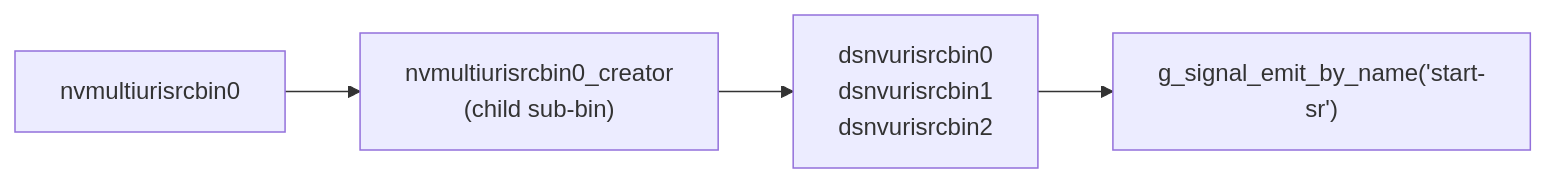
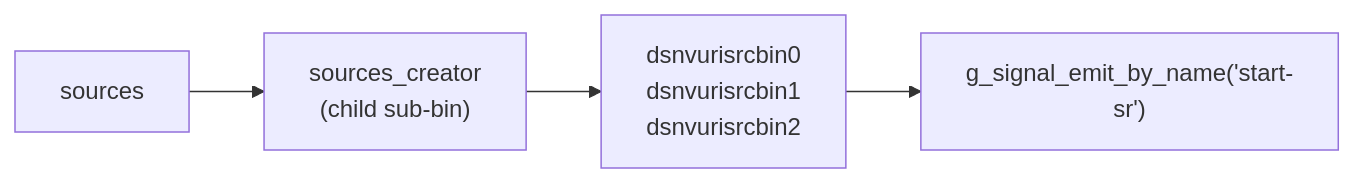
One commit to nam278/vms-engine changed the fourth of 4 diagrams in docs/architecture/runtime_components/smart_record_probe_handler.md. Above: the diagram before and after it, drawn with Mermaid. The commit also changed other lines of this file and 13 other files, not shown here.

````diff
--- a/docs/architecture/runtime_components/smart_record_probe_handler.md
+++ b/docs/architecture/runtime_components/smart_record_probe_handler.md
@@ -319,6 +319,6 @@
 ```mermaid
 flowchart LR
-    A["nvmultiurisrcbin0"] --> B["nvmultiurisrcbin0_creator<br/>(child sub-bin)"]
+  A["sources"] --> B["sources_creator<br/>(child sub-bin)"]
     B --> C["dsnvurisrcbin0<br/>dsnvurisrcbin1<br/>dsnvurisrcbin2"]
     C --> D["g_signal_emit_by_name('start-sr')"]
 ```
````
